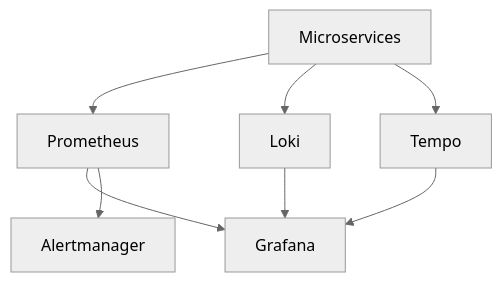
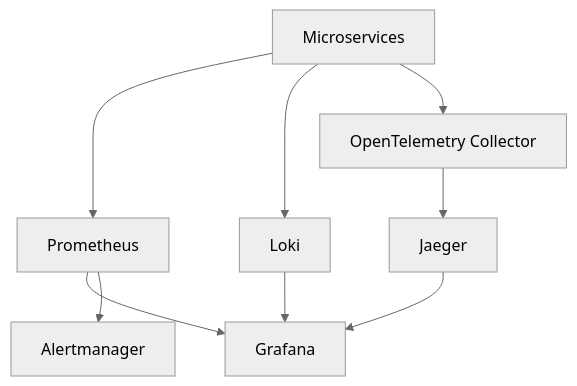
One commit to Carlos-Eduardo-Suassuna-Santiago/PROMPTUARIO_2026 changed the first of 4 diagrams in DOCUMENTATION/ETAPA_11_Observabilidade_Distribuida_Prometheus_Grafana_Loki.md. Above: the diagram before and after it, drawn with Mermaid (neutral theme). The commit also changed other lines of this file, not shown here.

````diff
--- a/DOCUMENTATION/ETAPA_11_Observabilidade_Distribuida_Prometheus_Grafana_Loki.md
+++ b/DOCUMENTATION/ETAPA_11_Observabilidade_Distribuida_Prometheus_Grafana_Loki.md
@@ -21,29 +21,33 @@
 ```mermaid
 graph TD
 
 SERVICES[Microservices]
 
 PROMETHEUS[Prometheus]
 
 GRAFANA[Grafana]
 
 LOKI[Loki]
 
-TEMPO[Tempo]
+JAEGER[Jaeger]
+
+OTEL[OpenTelemetry Collector]
 
 ALERTMANAGER[Alertmanager]
 
 SERVICES --> PROMETHEUS
 
 SERVICES --> LOKI
 
-SERVICES --> TEMPO
+SERVICES --> OTEL
+
+OTEL --> JAEGER
 
 PROMETHEUS --> GRAFANA
 
 LOKI --> GRAFANA
 
-TEMPO --> GRAFANA
+JAEGER --> GRAFANA
 
 PROMETHEUS --> ALERTMANAGER
 ```
````
